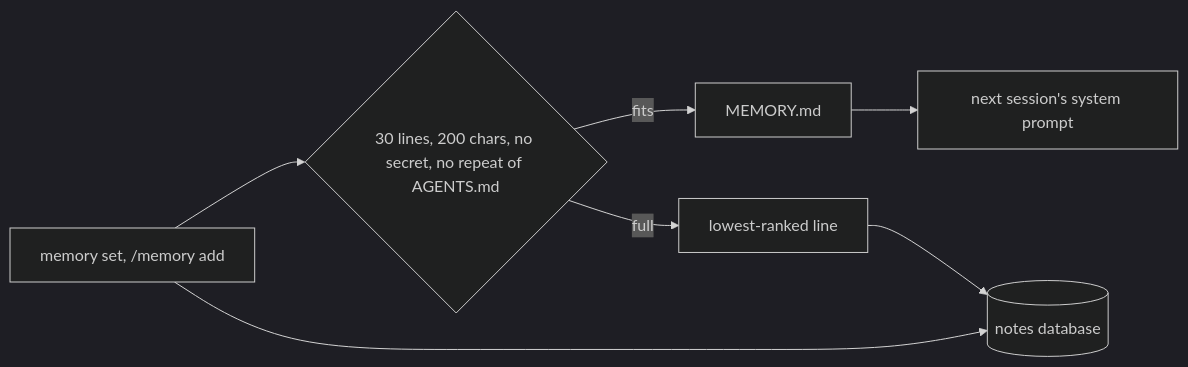
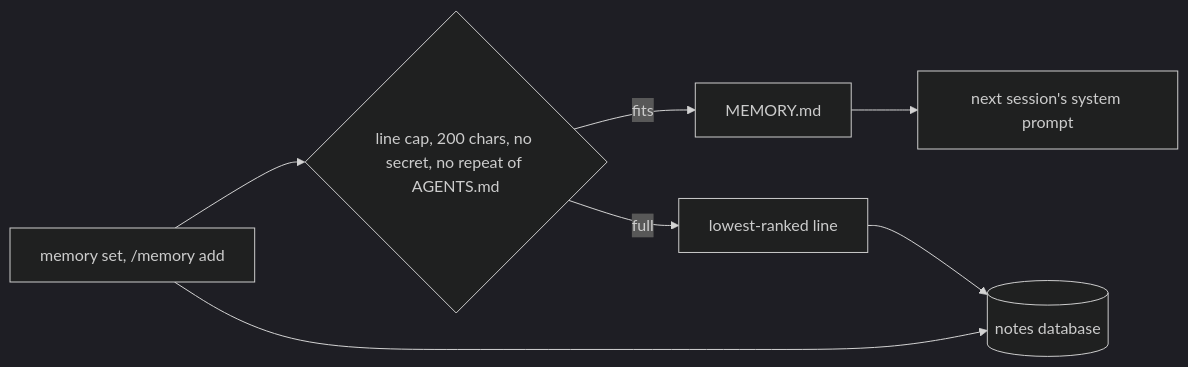
One commit to bgauryy/octocode-coding-agent changed the first of 2 diagrams in packages/coding-agent/docs/memory.md. Above: the diagram before and after it, drawn with Mermaid (dark theme). The commit also changed other lines of this file and 789 other files, not shown here.

````diff
--- a/packages/coding-agent/docs/memory.md
+++ b/packages/coding-agent/docs/memory.md
@@ -40,8 +40,8 @@
 ```mermaid
 flowchart LR
-  S["memory set, /memory add"] --> V{"30 lines, 200 chars, no secret, no repeat of AGENTS.md"}
+  S["memory set, /memory add"] --> V{"line cap, 200 chars, no secret, no repeat of AGENTS.md"}
   V -->|fits| F["MEMORY.md"]
   V -->|full| E["lowest-ranked line"] --> D[("notes database")]
   S --> D
   F --> P["next session's system prompt"]
 ```
````
